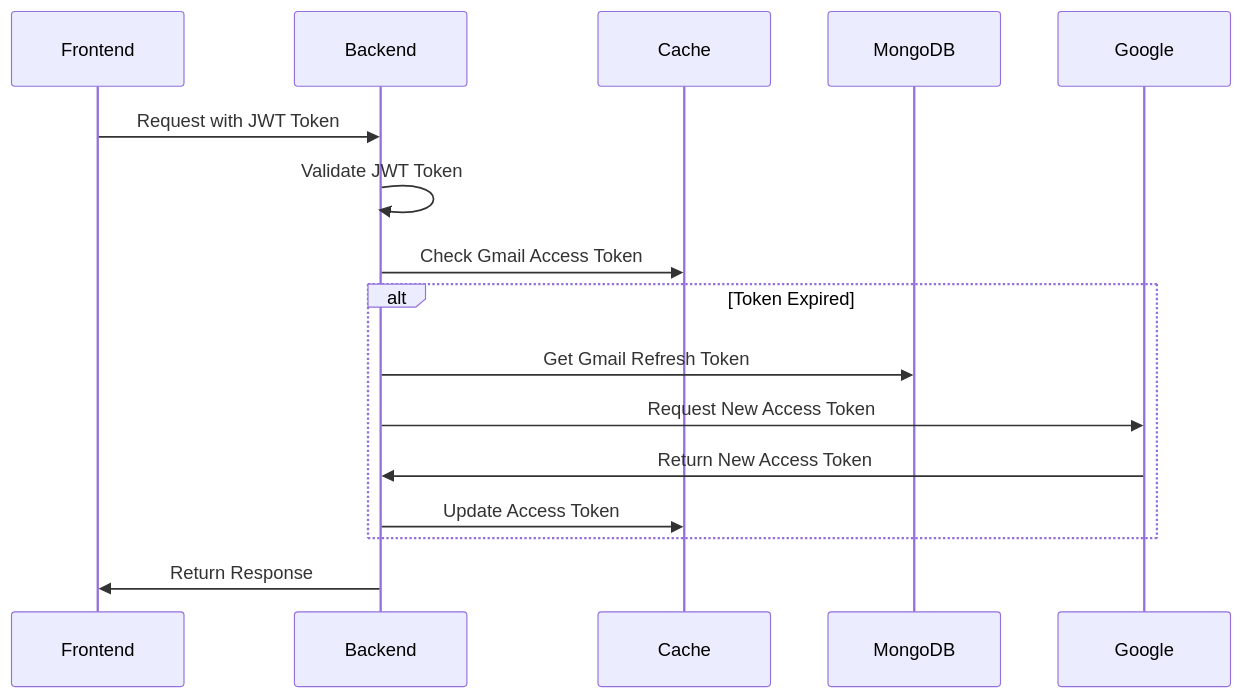
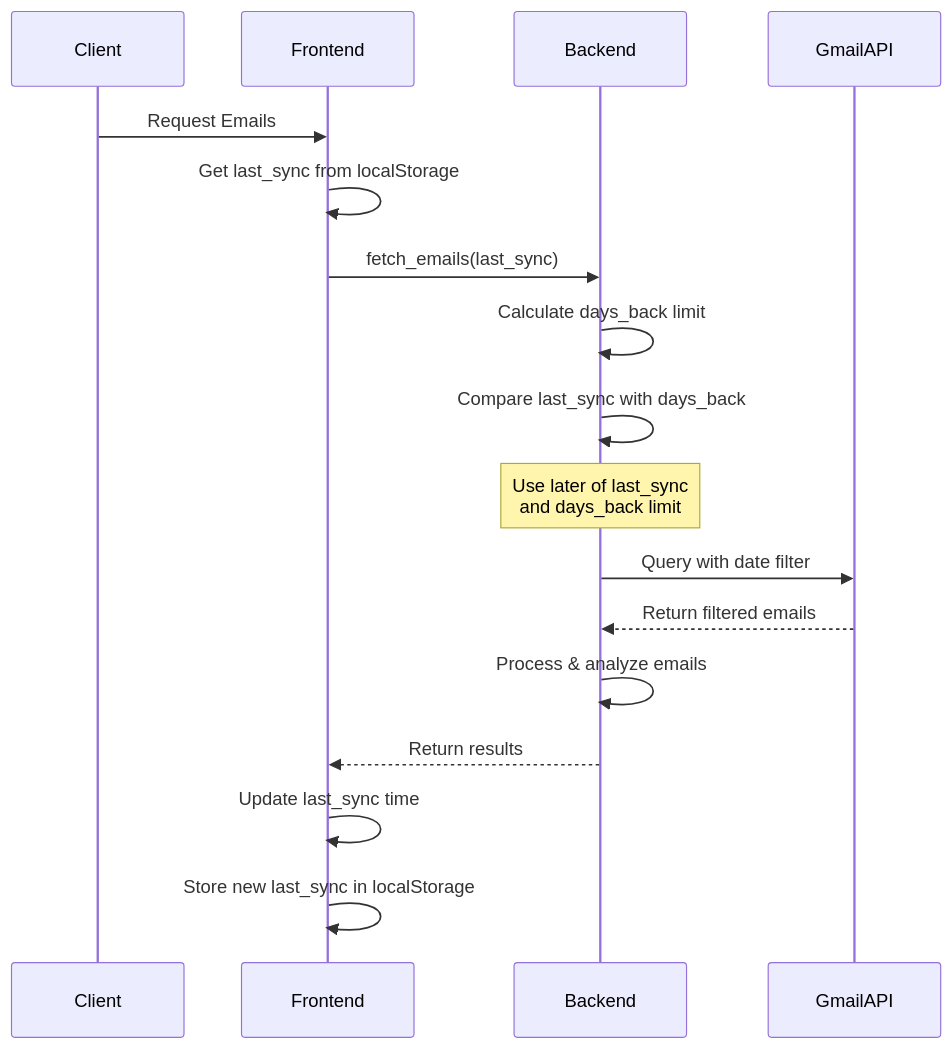
Before and after one commit to Skymore/ruit.me: the fourth of 4 diagrams in data/blog/implementing-email-analysis-with-google-oauth.mdx, drawn with Mermaid. The commit also changed other lines of this file and 1 other file, not shown here.

Commit message:
chore(blog): update MongoDB integration for user management and optimize email analysis caching blog

````diff
--- a/data/blog/implementing-email-analysis-with-google-oauth.mdx
+++ b/data/blog/implementing-email-analysis-with-google-oauth.mdx
@@ -329,13 +341,23 @@
-   ```mermaid
-   sequenceDiagram
-       Frontend->>Backend: Request with JWT Token
-       Backend->>Backend: Validate JWT Token
-       Backend->>Cache: Check Gmail Access Token
-       alt Token Expired
-           Backend->>MongoDB: Get Gmail Refresh Token
-           Backend->>Google: Request New Access Token
-           Google->>Backend: Return New Access Token
-           Backend->>Cache: Update Access Token
-       end
-       Backend->>Frontend: Return Response
-   ```
+```mermaid
+sequenceDiagram
+    participant Client
+    participant Frontend
+    participant Backend
+    participant GmailAPI
+
+    Client->>Frontend: Request Emails
+    Frontend->>Frontend: Get last_sync from localStorage
+    Frontend->>Backend: fetch_emails(last_sync)
+
+    Backend->>Backend: Calculate days_back limit
+    Backend->>Backend: Compare last_sync with days_back
+    Note over Backend: Use later of last_sync<br/>and days_back limit
+
+    Backend->>GmailAPI: Query with date filter
+    GmailAPI-->>Backend: Return filtered emails
+    Backend->>Backend: Process & analyze emails
+    Backend-->>Frontend: Return results
+
+    Frontend->>Frontend: Update last_sync time
+    Frontend->>Frontend: Store new last_sync in localStorage
+```
````
